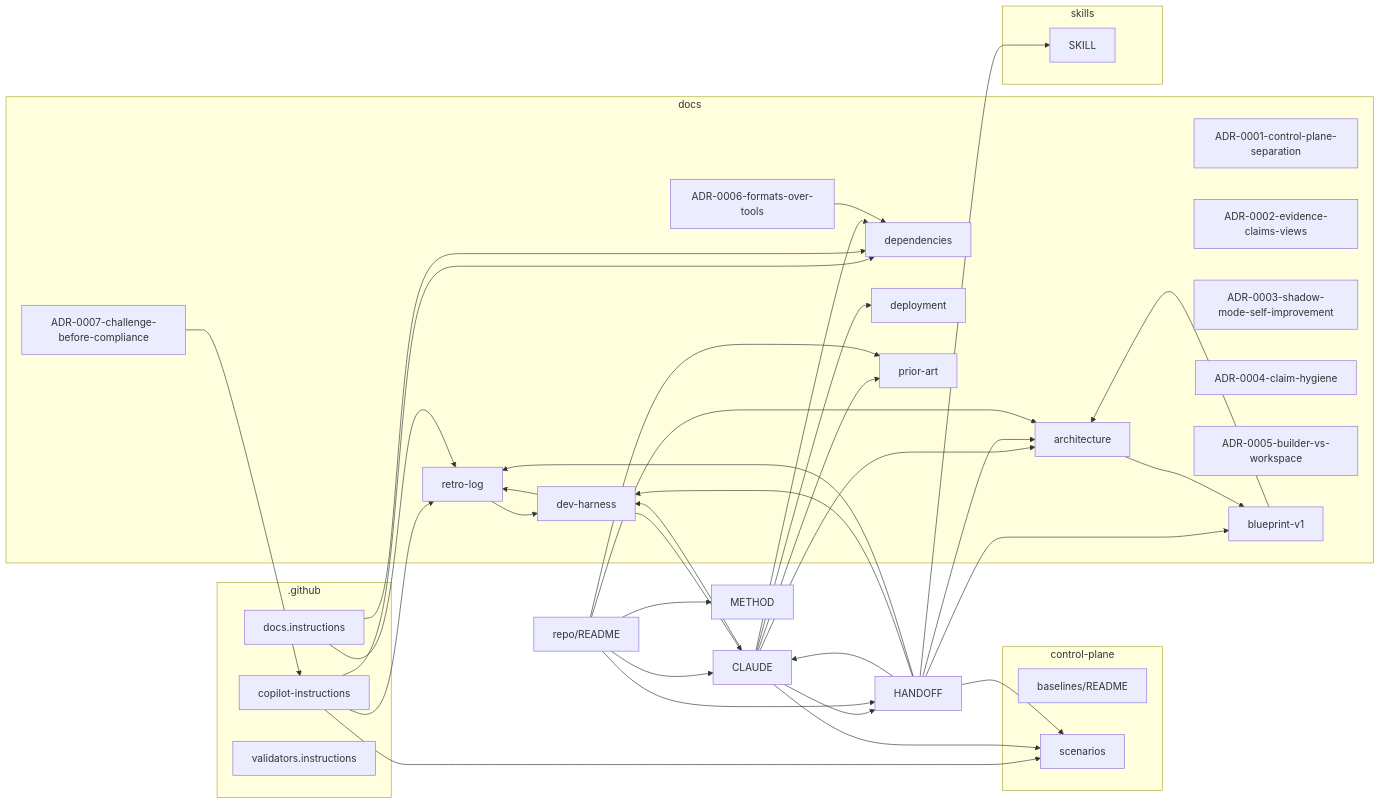
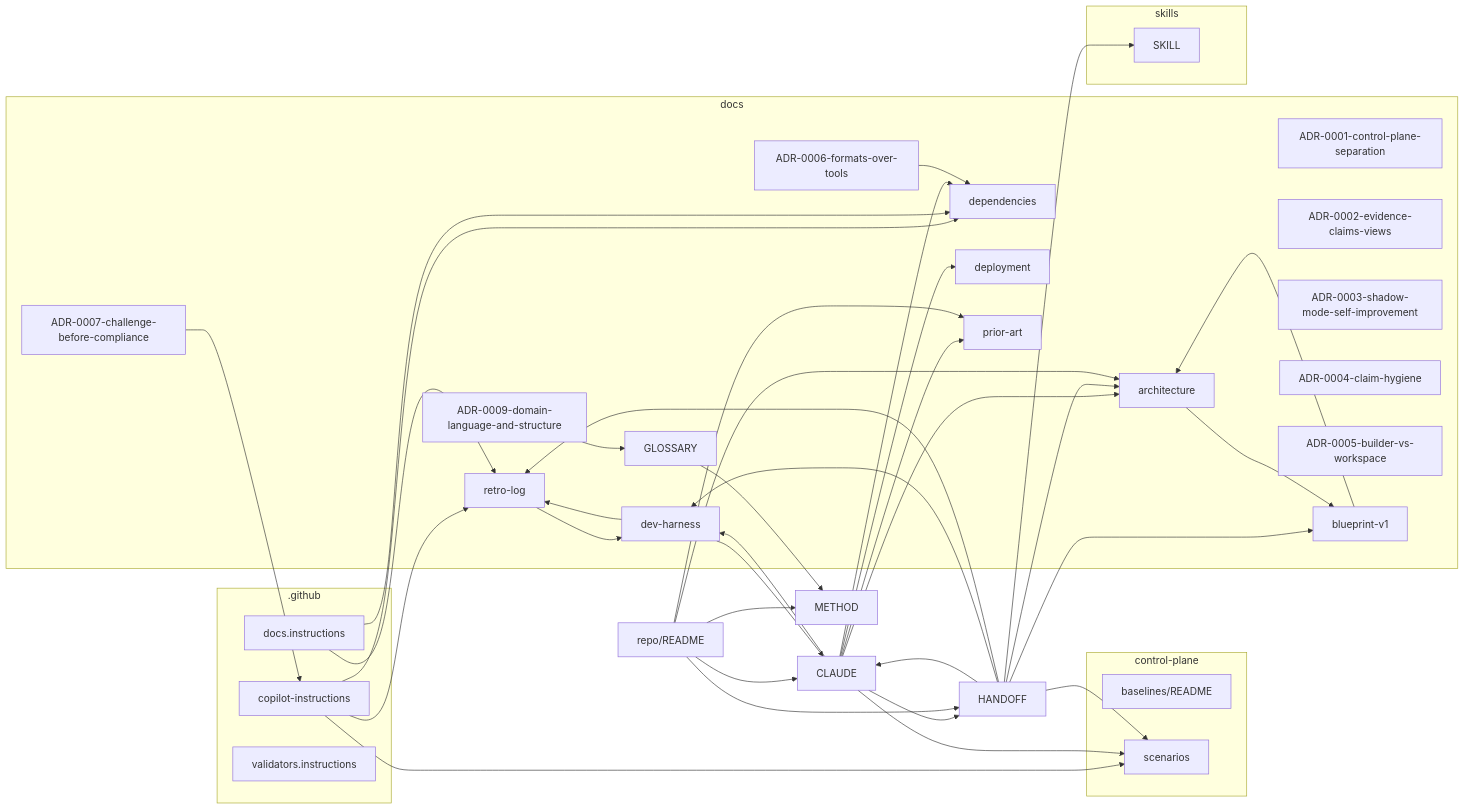
Before and after one commit to boulaajaj/ai-mise: the diagram in docs/mindmap.md, drawn with Mermaid. The commit also changed other lines of this file and 2 other files, not shown here.

Commit message:
ADR-0009 + GLOSSARY: ubiquitous language and bounded contexts (DDD, incremental)

````diff
--- a/docs/mindmap.md
+++ b/docs/mindmap.md
@@ -7,66 +7,70 @@
 ```mermaid
 graph LR
   subgraph _github_g[.github]
     _github_copilot_instructions_md["copilot-instructions"]
     _github_instructions_docs_instructions_md["docs.instructions"]
     _github_instructions_validators_instructions_md["validators.instructions"]
   end
   subgraph control_plane_g[control-plane]
     control_plane_evaluation_baselines_README_md["baselines/README"]
     control_plane_threat_tests_scenarios_md["scenarios"]
   end
   subgraph docs_g[docs]
+    docs_GLOSSARY_md["GLOSSARY"]
     docs_architecture_md["architecture"]
     docs_decisions_ADR_0001_control_plane_separation_md["ADR-0001-control-plane-separation"]
     docs_decisions_ADR_0002_evidence_claims_views_md["ADR-0002-evidence-claims-views"]
     docs_decisions_ADR_0003_shadow_mode_self_improvement_md["ADR-0003-shadow-mode-self-improvement"]
     docs_decisions_ADR_0004_claim_hygiene_md["ADR-0004-claim-hygiene"]
     docs_decisions_ADR_0005_builder_vs_workspace_md["ADR-0005-builder-vs-workspace"]
     docs_decisions_ADR_0006_formats_over_tools_md["ADR-0006-formats-over-tools"]
     docs_decisions_ADR_0007_challenge_before_compliance_md["ADR-0007-challenge-before-compliance"]
+    docs_decisions_ADR_0009_domain_language_and_structure_md["ADR-0009-domain-language-and-structure"]
     docs_dependencies_md["dependencies"]
     docs_deployment_md["deployment"]
     docs_history_blueprint_v1_md["blueprint-v1"]
     docs_meta_dev_harness_md["dev-harness"]
     docs_meta_retro_log_md["retro-log"]
     docs_prior_art_md["prior-art"]
   end
   CLAUDE_md["CLAUDE"]
   HANDOFF_md["HANDOFF"]
   METHOD_md["METHOD"]
   README_md["repo/README"]
   subgraph skills_g[skills]
     skills_inspector_SKILL_md["SKILL"]
   end
   _github_copilot_instructions_md --> control_plane_threat_tests_scenarios_md
   _github_copilot_instructions_md --> docs_dependencies_md
   _github_copilot_instructions_md --> docs_meta_retro_log_md
   _github_instructions_docs_instructions_md --> docs_dependencies_md
   _github_instructions_docs_instructions_md --> docs_meta_retro_log_md
   CLAUDE_md --> HANDOFF_md
   CLAUDE_md --> control_plane_threat_tests_scenarios_md
   CLAUDE_md --> docs_architecture_md
   CLAUDE_md --> docs_dependencies_md
   CLAUDE_md --> docs_deployment_md
   CLAUDE_md --> docs_meta_dev_harness_md
   CLAUDE_md --> docs_prior_art_md
   HANDOFF_md --> CLAUDE_md
   HANDOFF_md --> control_plane_threat_tests_scenarios_md
   HANDOFF_md --> docs_architecture_md
   HANDOFF_md --> docs_history_blueprint_v1_md
   HANDOFF_md --> docs_meta_dev_harness_md
   HANDOFF_md --> docs_meta_retro_log_md
   HANDOFF_md --> skills_inspector_SKILL_md
   README_md --> CLAUDE_md
   README_md --> HANDOFF_md
   README_md --> METHOD_md
   README_md --> docs_architecture_md
   README_md --> docs_prior_art_md
+  docs_GLOSSARY_md --> METHOD_md
   docs_architecture_md --> docs_history_blueprint_v1_md
   docs_decisions_ADR_0006_formats_over_tools_md --> docs_dependencies_md
   docs_decisions_ADR_0007_challenge_before_compliance_md --> _github_copilot_instructions_md
+  docs_decisions_ADR_0009_domain_language_and_structure_md --> docs_GLOSSARY_md
   docs_history_blueprint_v1_md --> docs_architecture_md
   docs_meta_dev_harness_md --> CLAUDE_md
   docs_meta_dev_harness_md --> docs_meta_retro_log_md
   docs_meta_retro_log_md --> docs_meta_dev_harness_md
 ```
````
